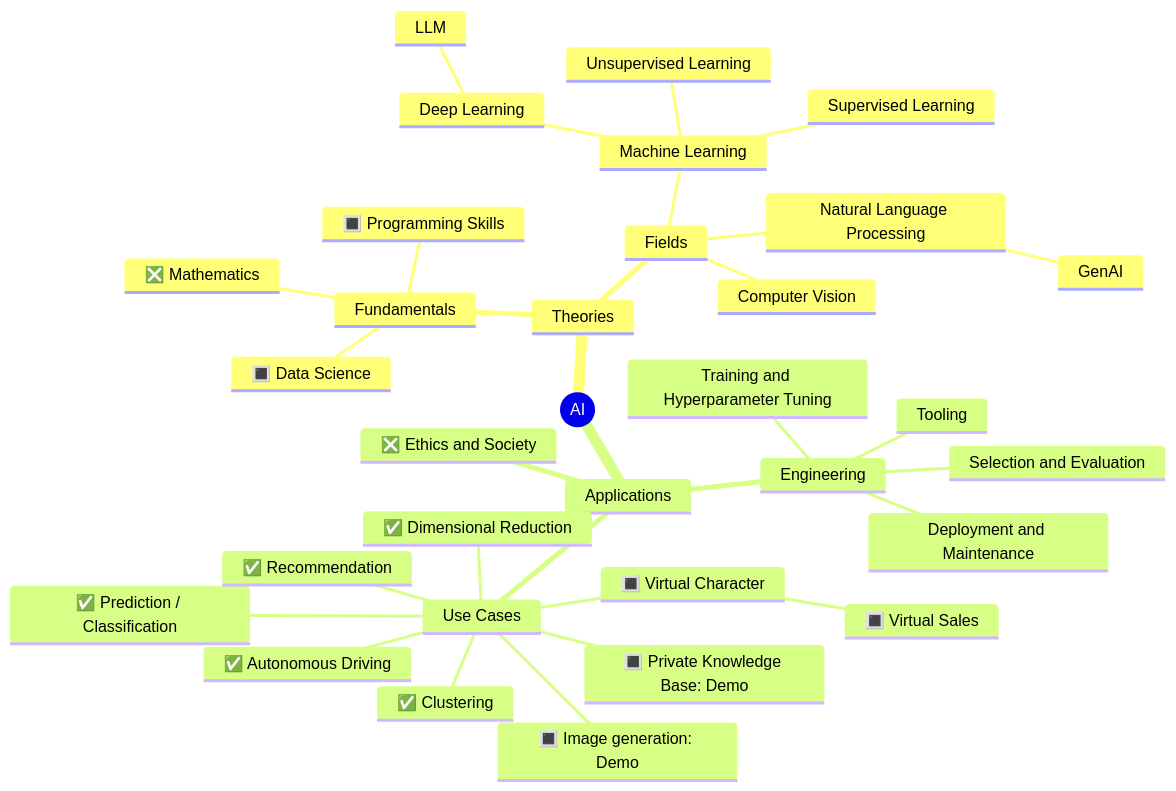
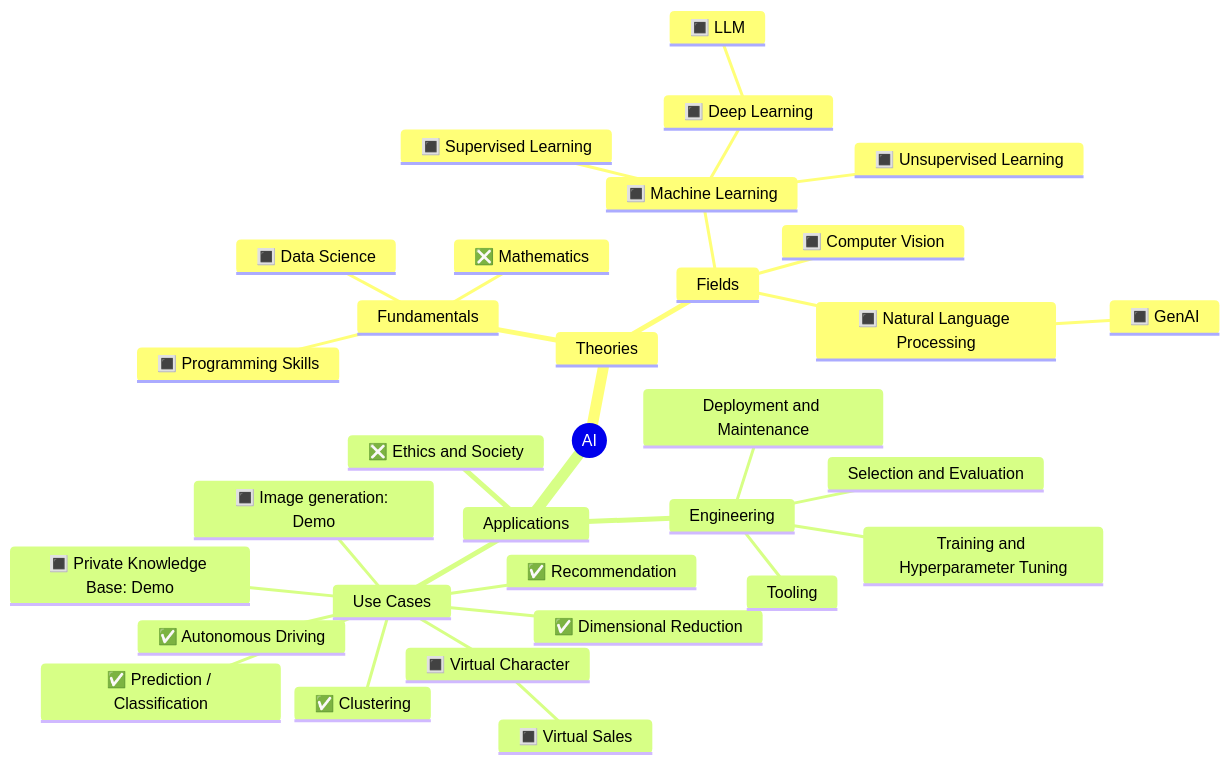
The diagram in README.md (weirong2/ai-odyssey), drawn with Mermaid before and after one commit. The commit also changed other lines of this file and 7 other files, not shown here.

````diff
--- a/README.md
+++ b/README.md
@@ -5,35 +5,35 @@
 ```mermaid
 mindmap
   root((AI))
     Theories
       Fundamentals
         ❎ Mathematics
         🔳 Programming Skills
         🔳 Data Science
       Fields
-        Machine Learning
-          Supervised Learning
-          Unsupervised Learning
-          Deep Learning
-            LLM
-        Natural Language Processing
-          GenAI
-        Computer Vision
+        🔳 Machine Learning
+          🔳 Supervised Learning
+          🔳 Unsupervised Learning
+          🔳 Deep Learning
+            🔳 LLM
+        🔳 Natural Language Processing
+          🔳 GenAI
+        🔳 Computer Vision
     Applications
       Use Cases
         ✅ Prediction / Classification
         ✅ Clustering
         ✅ Dimensional Reduction
         ✅ Recommendation
         ✅ Autonomous Driving
         🔳 Virtual Character
           🔳 Virtual Sales
         🔳 Private Knowledge Base: Demo
         🔳 Image generation: Demo
       Engineering
         Tooling
         Selection and Evaluation
         Training and Hyperparameter Tuning
         Deployment and Maintenance
       ❎ Ethics and Society
 ```
````
